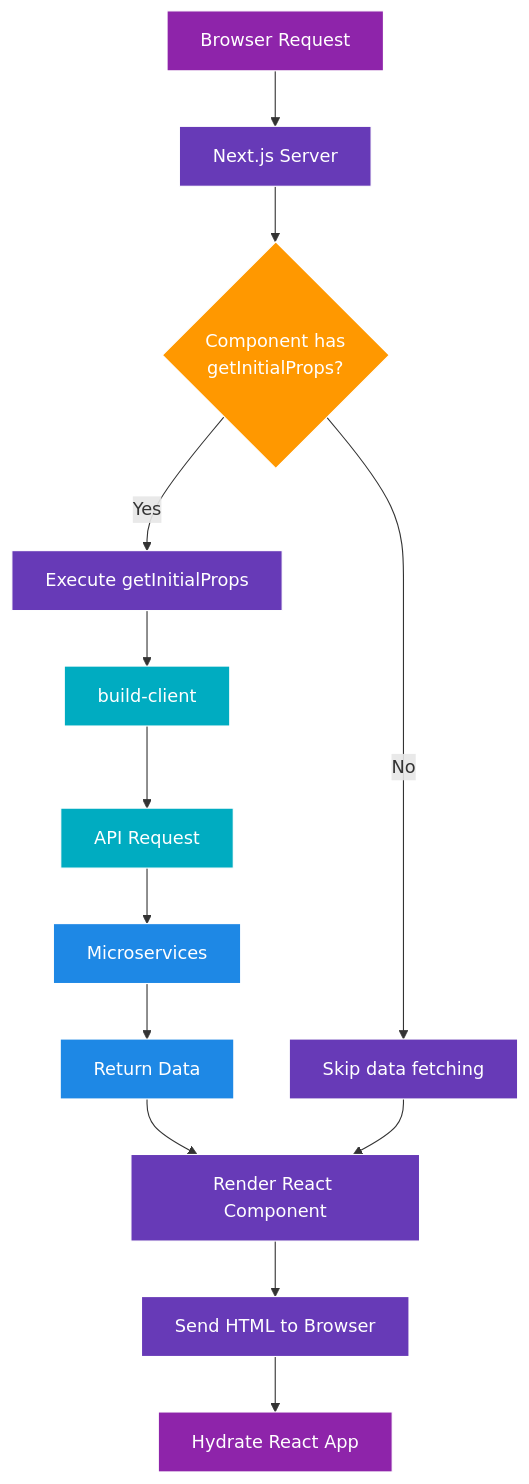
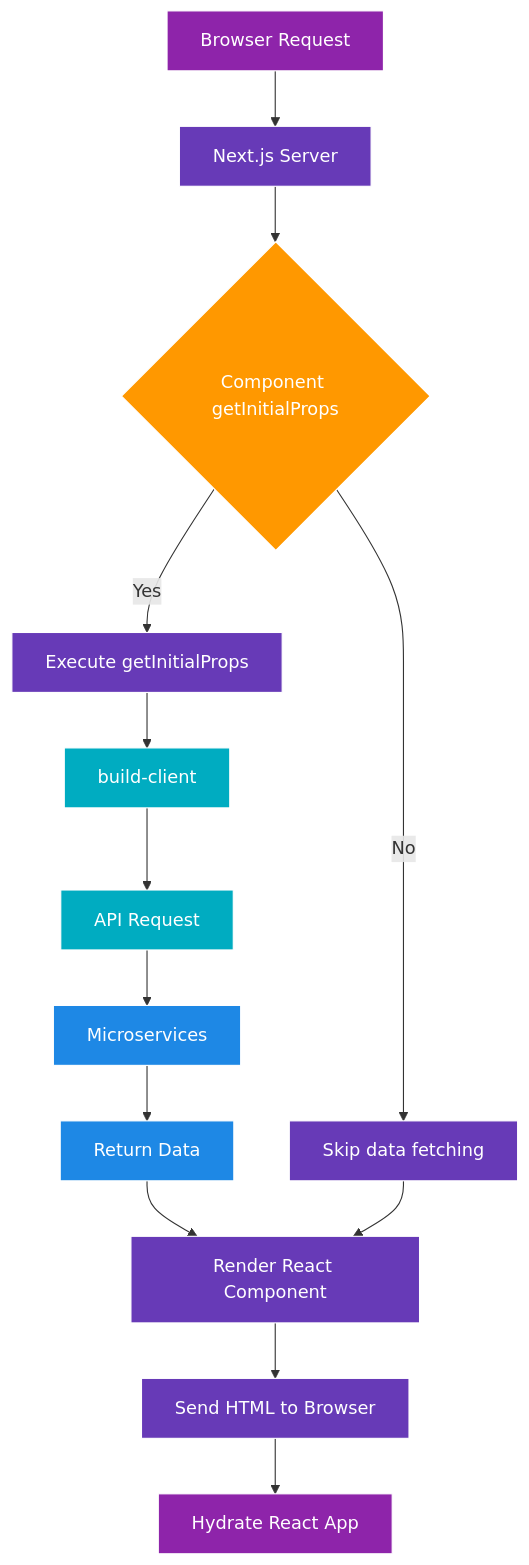
One commit to A1doranM/HowProgrammingWork changed the sixth of 6 diagrams in Microservices with Node and React/21. Back to the Client/ticketing/README.md. Above: the diagram before and after it, drawn with Mermaid.

Commit message:
Microservices With NodeJS and React

````diff
--- a/Microservices with Node and React/21. Back to the Client/ticketing/README.md
+++ b/Microservices with Node and React/21. Back to the Client/ticketing/README.md
@@ -522,32 +522,32 @@
 ```mermaid
 flowchart TD
     A[Browser Request] --> B[Next.js Server]
-    B --> C{Component has\ngetInitialProps?}
+    B --> C{Component getInitialProps}
     
     C -->|Yes| D[Execute getInitialProps]
     C -->|No| E[Skip data fetching]
     
     D --> F[build-client]
     F --> G[API Request]
     G --> H[Microservices]
     H --> I[Return Data]
     I --> J[Render React Component]
     
     E --> J
     
     J --> K[Send HTML to Browser]
     K --> L[Hydrate React App]
     
     style A fill:#8e24aa,stroke:#fff,stroke-width:1px,color:#fff
     style B fill:#673ab7,stroke:#fff,stroke-width:1px,color:#fff
     style C fill:#ff9800,stroke:#fff,stroke-width:1px,color:#fff
     style D fill:#673ab7,stroke:#fff,stroke-width:1px,color:#fff
     style E fill:#673ab7,stroke:#fff,stroke-width:1px,color:#fff
     style F fill:#00acc1,stroke:#fff,stroke-width:1px,color:#fff
     style G fill:#00acc1,stroke:#fff,stroke-width:1px,color:#fff
     style H fill:#1e88e5,stroke:#fff,stroke-width:1px,color:#fff
     style I fill:#1e88e5,stroke:#fff,stroke-width:1px,color:#fff
     style J fill:#673ab7,stroke:#fff,stroke-width:1px,color:#fff
     style K fill:#673ab7,stroke:#fff,stroke-width:1px,color:#fff
     style L fill:#8e24aa,stroke:#fff,stroke-width:1px,color:#fff
 ```
````
